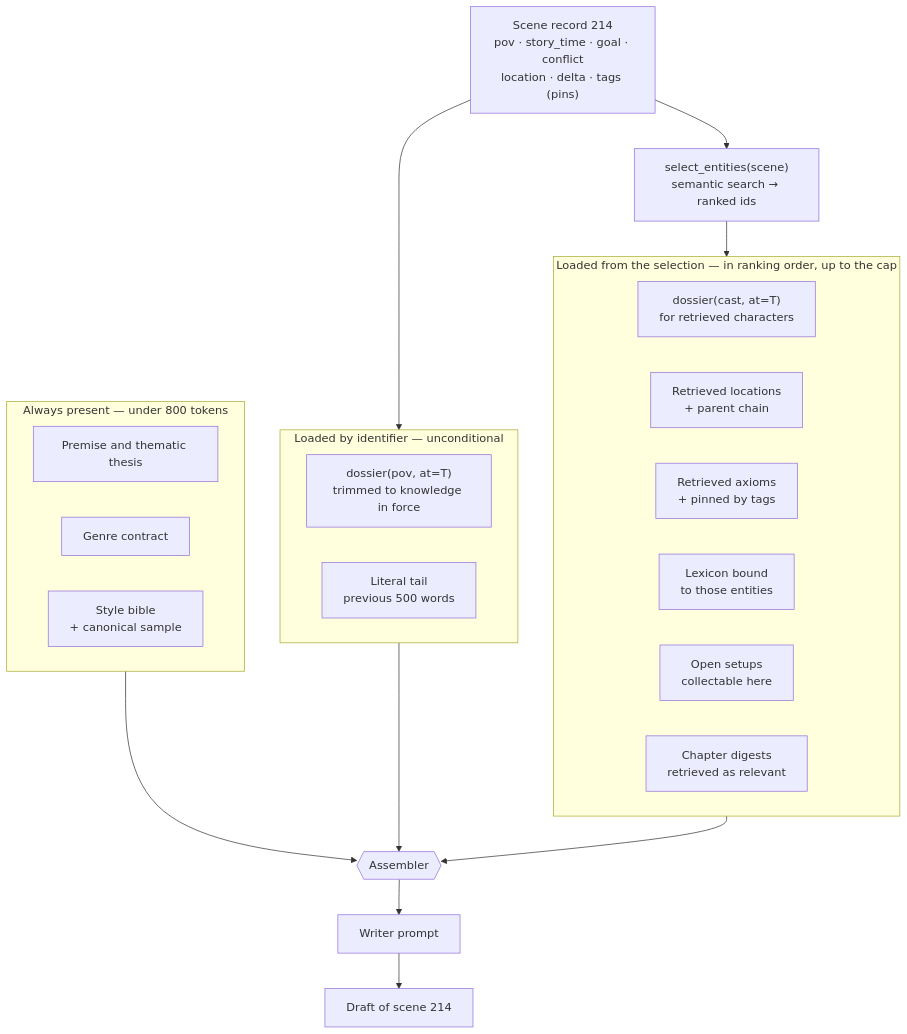
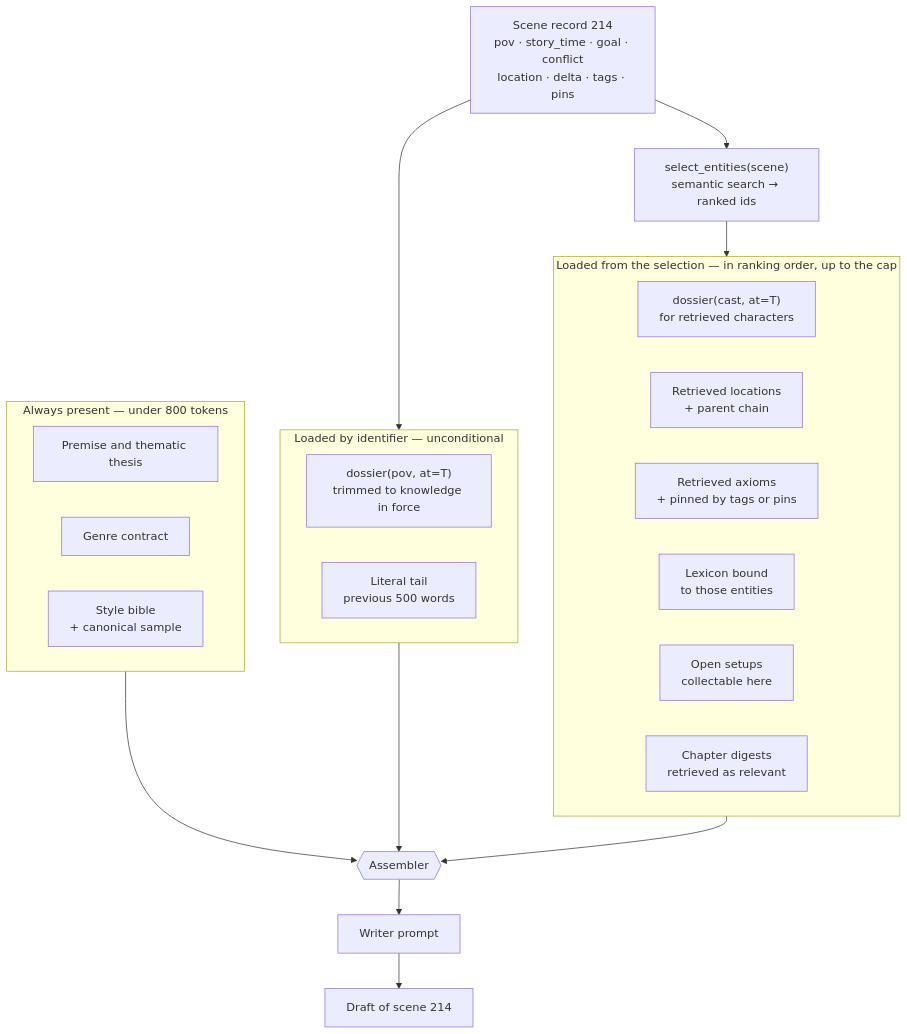
The third of 5 diagrams in docs/architecture.md (ignacio-hurtado-qaracter/My-Story-Marker), drawn with Mermaid before and after one commit. The commit also changed other lines of this file and 3 other files, not shown here.

````diff
--- a/docs/architecture.md
+++ b/docs/architecture.md
@@ -284,36 +288,36 @@
 ```mermaid
 flowchart TB
-  S["Scene record 214<br/>pov · story_time · goal · conflict<br/>location · delta · tags (pins)"]
+  S["Scene record 214<br/>pov · story_time · goal · conflict<br/>location · delta · tags · pins"]
   SEL["select_entities(scene)<br/>semantic search → ranked ids"]
 
   subgraph FIXED["Always present — under 800 tokens"]
     direction LR
     A["Premise and thematic thesis"]
     B["Genre contract"]
     G["Style bible<br/>+ canonical sample"]
   end
 
   subgraph BYID["Loaded by identifier — unconditional"]
     direction LR
     D["dossier(pov, at=T)<br/>trimmed to knowledge in force"]
     J["Literal tail<br/>previous 500 words"]
   end
 
   subgraph SELECTED["Loaded from the selection — in ranking order, up to the cap"]
     direction LR
     D2["dossier(cast, at=T)<br/>for retrieved characters"]
     E["Retrieved locations<br/>+ parent chain"]
-    F["Retrieved axioms<br/>+ pinned by tags"]
+    F["Retrieved axioms<br/>+ pinned by tags or pins"]
     L["Lexicon bound<br/>to those entities"]
     H["Open setups<br/>collectable here"]
     I["Chapter digests<br/>retrieved as relevant"]
   end
 
   S --> SEL --> SELECTED
   S --> BYID
   FIXED --> Q{{"Assembler"}}
   BYID --> Q
   SELECTED --> Q
   Q --> R["Writer prompt"]
   R --> W["Draft of scene 214"]
 ```
````
